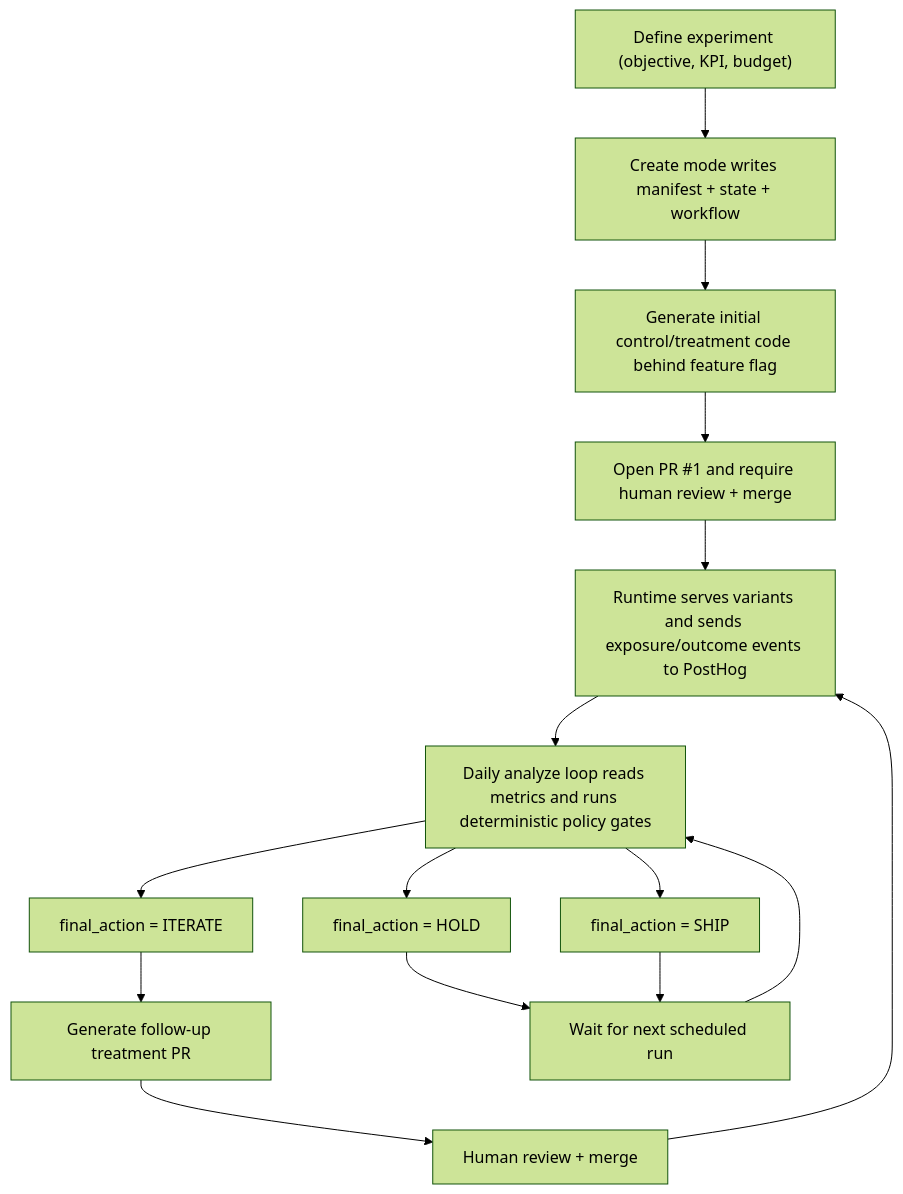
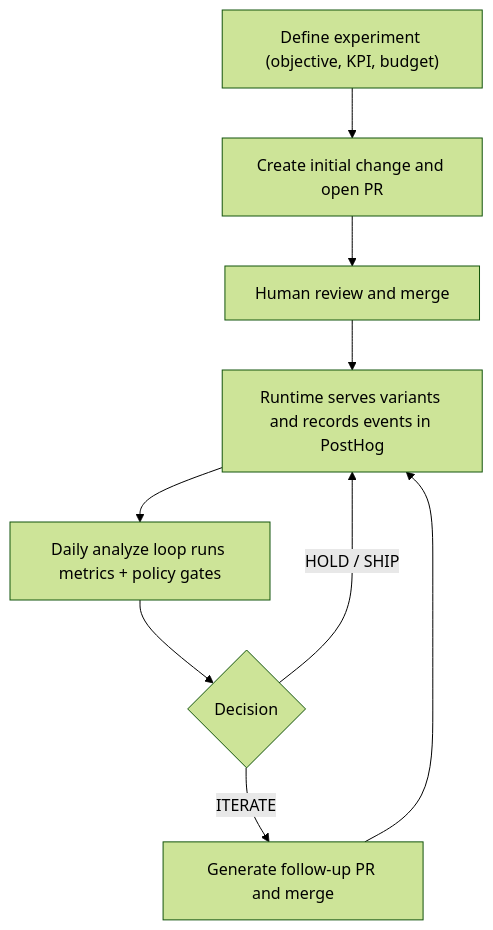
Before and after one commit to TwillAI/flagship: the diagram in README.md, drawn with Mermaid (forest theme).

Commit message:
docs: simplify high-level workflow mermaid diagram

````diff
--- a/README.md
+++ b/README.md
@@ -9,17 +9,11 @@
 ```mermaid
 flowchart TD
-  A["Define experiment (objective, KPI, budget)"] --> B["Create mode writes manifest + state + workflow"]
-  B --> C["Generate initial control/treatment code behind feature flag"]
-  C --> D["Open PR #1 and require human review + merge"]
-  D --> E["Runtime serves variants and sends exposure/outcome events to PostHog"]
-  E --> F["Daily analyze loop reads metrics and runs deterministic policy gates"]
-  F --> G["final_action = HOLD"]
-  F --> H["final_action = SHIP"]
-  F --> I["final_action = ITERATE"]
-  I --> J["Generate follow-up treatment PR"]
-  J --> K["Human review + merge"]
-  K --> E
-  G --> L["Wait for next scheduled run"]
-  H --> L
-  L --> F
+  A["Define experiment (objective, KPI, budget)"] --> B["Create initial change and open PR"]
+  B --> C["Human review and merge"]
+  C --> D["Runtime serves variants and records events in PostHog"]
+  D --> E["Daily analyze loop runs metrics + policy gates"]
+  E --> F{"Decision"}
+  F -->|"HOLD / SHIP"| D
+  F -->|"ITERATE"| G["Generate follow-up PR and merge"]
+  G --> D
 ```
````
